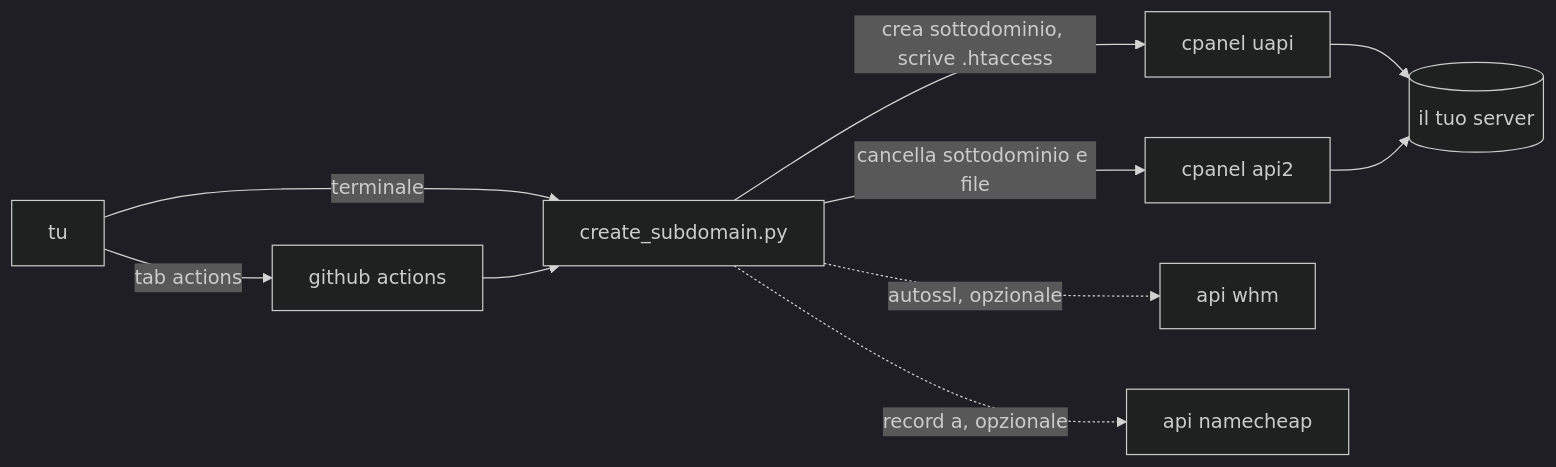
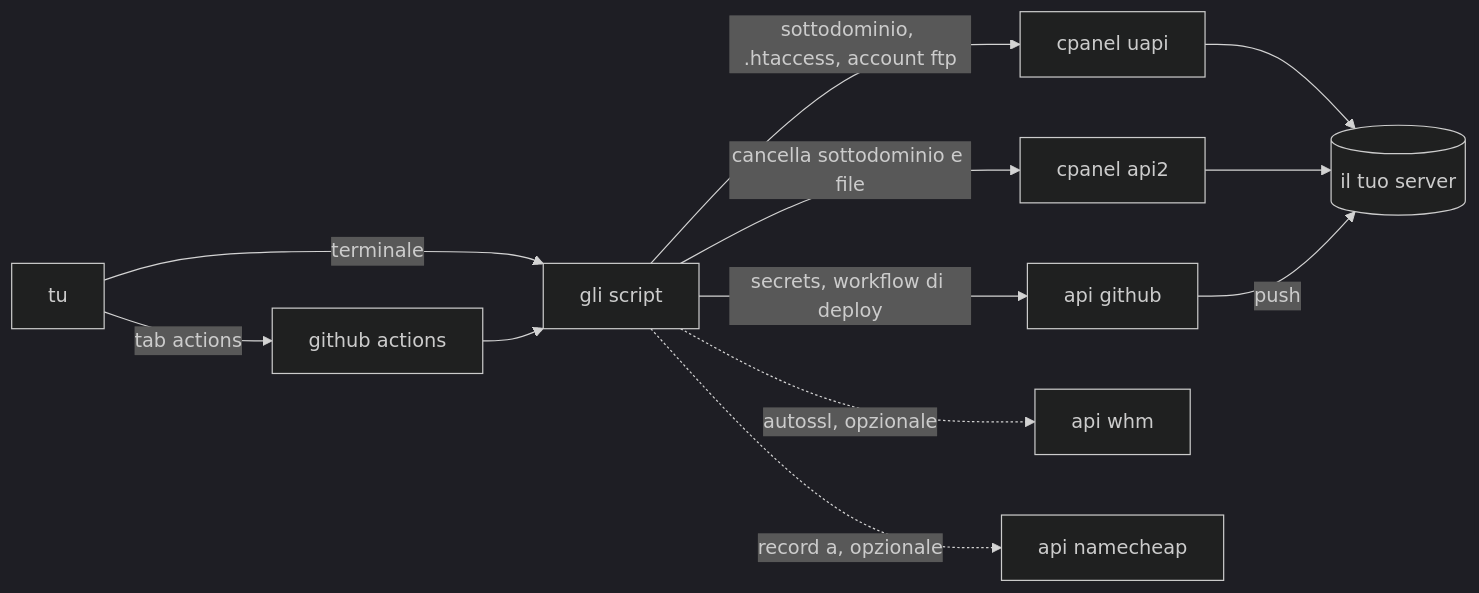
One commit to leandroestrella/hammerspace changed the diagram in README.it.md. Above: the diagram before and after it, drawn with Mermaid. The commit also changed other lines of this file and 14 other files, not shown here.

First line of the commit message:
Add setup_autodeploy.py: push-to-deploy from git to cPanel (LNDR-66)

````diff
--- a/README.it.md
+++ b/README.it.md
@@ -27,13 +27,15 @@
 ```mermaid
 %%{init: {'theme': 'dark'}}%%
 flowchart LR
     YOU[tu] -->|tab actions| GHA[github actions]
-    YOU -->|terminale| CLI[create_subdomain.py]
+    YOU -->|terminale| CLI[gli script]
     GHA --> CLI
-    CLI -->|crea sottodominio, scrive .htaccess| UAPI[cpanel uapi]
+    CLI -->|sottodominio, .htaccess, account ftp| UAPI[cpanel uapi]
     CLI -->|cancella sottodominio e file| API2[cpanel api2]
+    CLI -->|secrets, workflow di deploy| GH[api github]
     CLI -.->|autossl, opzionale| WHM[api whm]
     CLI -.->|record a, opzionale| NC[api namecheap]
     UAPI --> SRV[(il tuo server)]
     API2 --> SRV
+    GH -->|push| SRV
 ```
````
